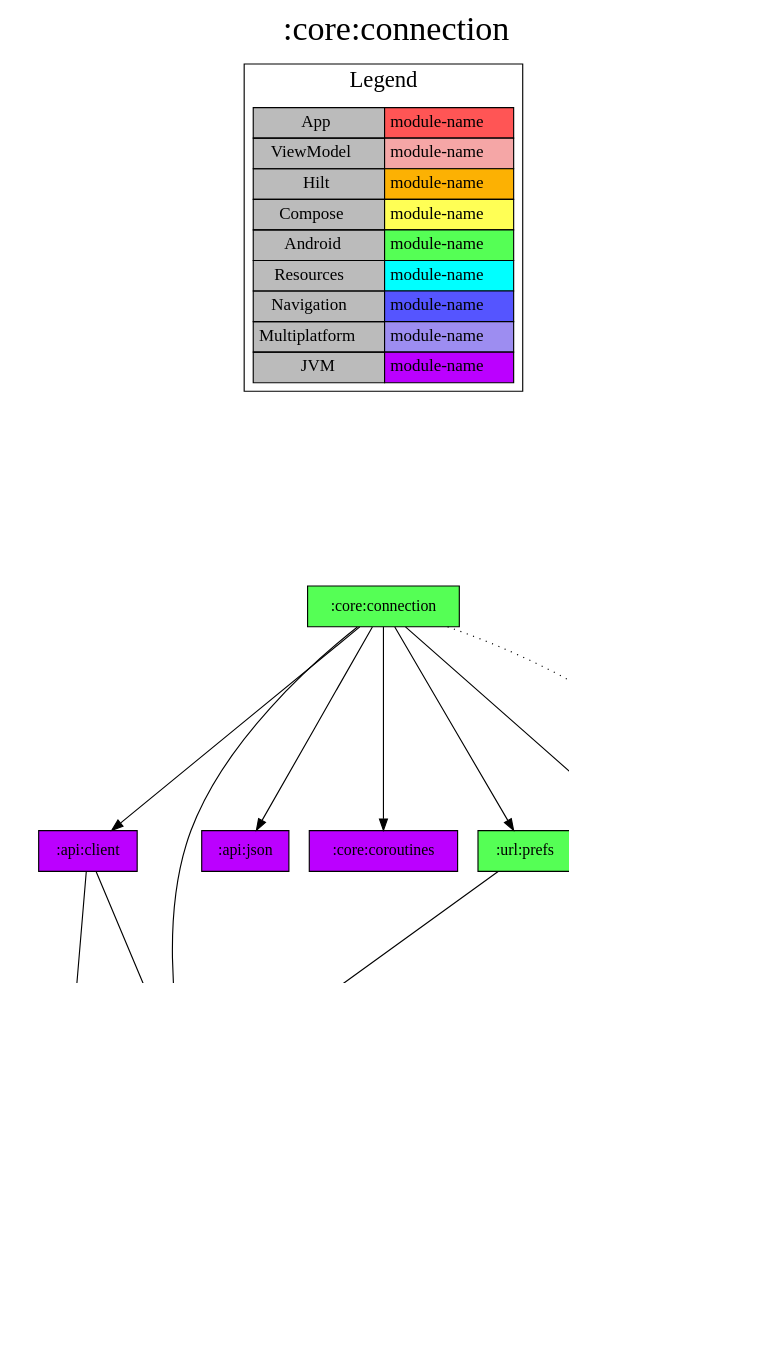
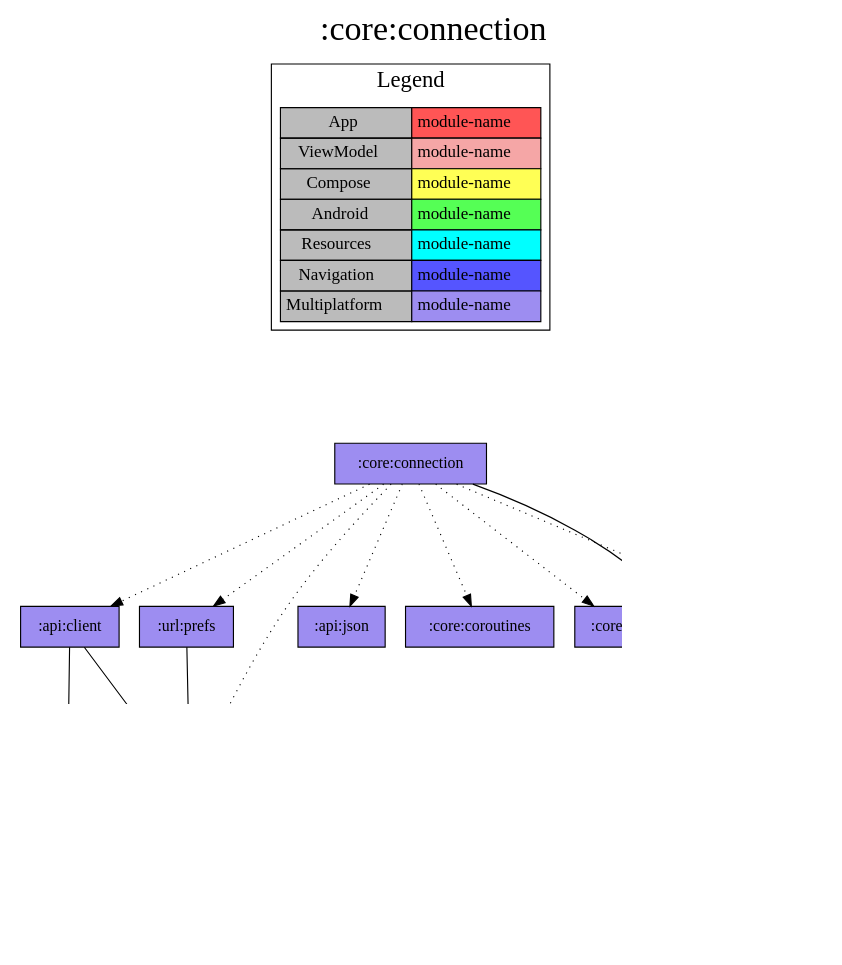
Before and after one commit to jonapoul/aktual: the diagram in modules/core/connection/project-dependency-graph.dot, drawn with Graphviz. The commit also changed 142 other files, not shown here.

```diff
--- a/modules/core/connection/project-dependency-graph.dot
+++ b/modules/core/connection/project-dependency-graph.dot
@@ -1,48 +1,48 @@
 digraph {
 edge ["dir"="forward"]
-graph ["dpi"="100","label"=":core:connection","labelloc"="t","fontsize"="30","ranksep"="2.5","rankdir"="TB"]
+graph ["dpi"="100","label"=":core:connection","labelloc"="t","fontsize"="30","ranksep"="1.5","rankdir"="TB"]
 node ["style"="filled"]
-":core:connection" ["fillcolor"="#55FF55","shape"="box"]
-":api:client" ["fillcolor"="#BB00FF","shape"="box"]
-":api:model" ["fillcolor"="#BB00FF","shape"="box"]
+":core:connection" ["fillcolor"="#9D8DF1","shape"="box"]
+":core:buildconfig" ["fillcolor"="#9D8DF1","shape"="box"]
+":api:client" ["fillcolor"="#9D8DF1","shape"="box"]
+":api:model" ["fillcolor"="#9D8DF1","shape"="box"]
 ":login:model" ["fillcolor"="#9D8DF1","shape"="box"]
 ":url:model" ["fillcolor"="#9D8DF1","shape"="box"]
-":api:json" ["fillcolor"="#BB00FF","shape"="box"]
-":core:coroutines" ["fillcolor"="#BB00FF","shape"="box"]
+":api:json" ["fillcolor"="#9D8DF1","shape"="box"]
+":core:coroutines" ["fillcolor"="#9D8DF1","shape"="box"]
+":core:log" ["fillcolor"="#9D8DF1","shape"="box"]
 ":core:versions" ["fillcolor"="#9D8DF1","shape"="box"]
-":core:buildconfig" ["fillcolor"="#9D8DF1","shape"="box"]
-":url:prefs" ["fillcolor"="#55FF55","shape"="box"]
+":url:prefs" ["fillcolor"="#9D8DF1","shape"="box"]
 {
 edge ["dir"="none"]
 graph ["rank"="same"]
 }
-":core:connection" -> ":api:client"
-":core:connection" -> ":api:json"
-":core:connection" -> ":core:coroutines"
-":core:connection" -> ":core:versions"
-":core:connection" -> ":url:model"
-":core:connection" -> ":url:prefs"
-":core:connection" -> ":core:buildconfig" ["style"="dotted"]
+":core:connection" -> ":core:buildconfig"
+":core:connection" -> ":api:client" ["style"="dotted"]
+":core:connection" -> ":api:json" ["style"="dotted"]
+":core:connection" -> ":core:coroutines" ["style"="dotted"]
+":core:connection" -> ":core:log" ["style"="dotted"]
+":core:connection" -> ":core:versions" ["style"="dotted"]
+":core:connection" -> ":url:model" ["style"="dotted"]
+":core:connection" -> ":url:prefs" ["style"="dotted"]
 ":api:client" -> ":api:model"
 ":api:client" -> ":url:model"
 ":api:model" -> ":login:model"
 ":core:versions" -> ":core:buildconfig"
 ":url:prefs" -> ":url:model"
 subgraph "cluster_legend" {
 edge ["dir"="none"]
 graph ["label"="Legend","fontsize"="20"]
 "Legend" ["style"="filled","fillcolor"="#bbbbbb","shape"="none","margin"="0","fontsize"="15","label"=<
 <TABLE BORDER="0" CELLBORDER="1" CELLSPACING="0" CELLPADDING="4">
 <TR><TD>App</TD><TD BGCOLOR="#FF5555">module-name</TD></TR>
 <TR><TD>ViewModel</TD><TD BGCOLOR="#F5A6A6">module-name</TD></TR>
-<TR><TD>Hilt</TD><TD BGCOLOR="#FCB103">module-name</TD></TR>
 <TR><TD>Compose</TD><TD BGCOLOR="#FFFF55">module-name</TD></TR>
 <TR><TD>Android</TD><TD BGCOLOR="#55FF55">module-name</TD></TR>
 <TR><TD>Resources</TD><TD BGCOLOR="#00FFFF">module-name</TD></TR>
 <TR><TD>Navigation</TD><TD BGCOLOR="#5555FF">module-name</TD></TR>
 <TR><TD>Multiplatform</TD><TD BGCOLOR="#9D8DF1">module-name</TD></TR>
-<TR><TD>JVM</TD><TD BGCOLOR="#BB00FF">module-name</TD></TR>
 </TABLE>
 >]
 } -> ":core:connection" ["style"="invis"]
 }
```
